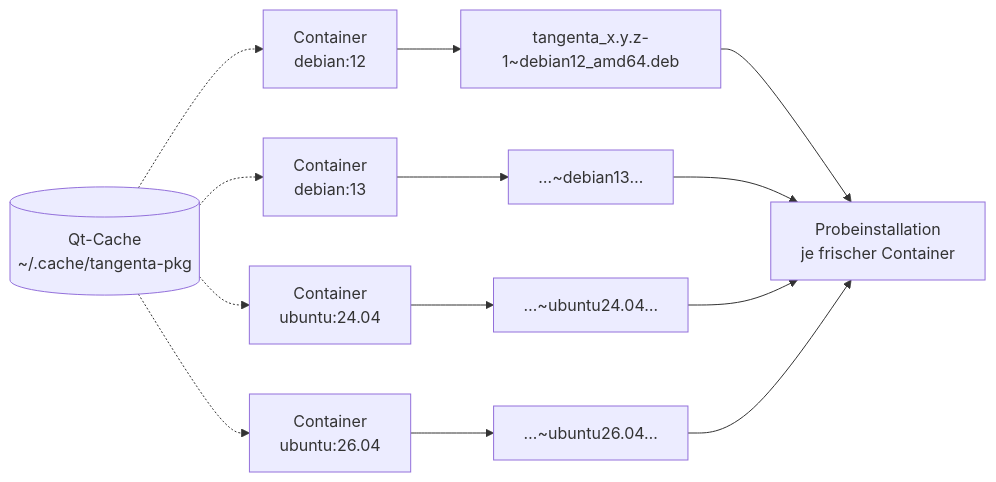
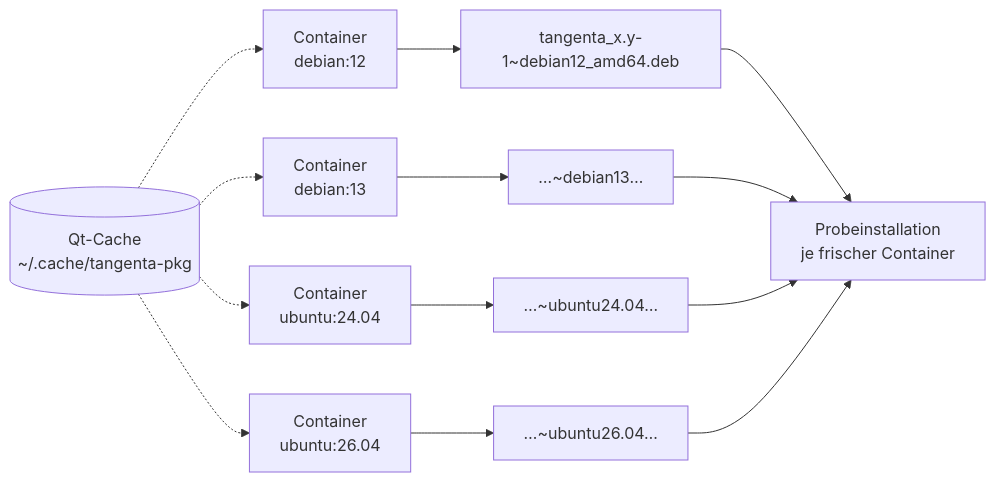
Before and after one commit to roli8200/tangenta: the fourth of 4 diagrams in BUILD.md, drawn with Mermaid. The commit also changed other lines of this file and 2 other files, not shown here.

````diff
--- a/BUILD.md
+++ b/BUILD.md
@@ -232,9 +568,9 @@
 ```mermaid
 flowchart LR
-    c1[Container<br/>debian:12] --> d1[tangenta_x.y.z-1~debian12_amd64.deb]
+    c1[Container<br/>debian:12] --> d1[tangenta_x.y-1~debian12_amd64.deb]
     c2[Container<br/>debian:13] --> d2[…~debian13…]
     c3[Container<br/>ubuntu:24.04] --> d3[…~ubuntu24.04…]
     c4[Container<br/>ubuntu:26.04] --> d4[…~ubuntu26.04…]
     q[(Qt-Cache<br/>~/.cache/tangenta-pkg)] -.-> c1 & c2 & c3 & c4
     d1 & d2 & d3 & d4 --> p[Probeinstallation<br/>je frischer Container]
 ```
````
